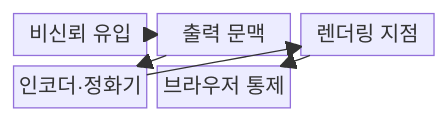
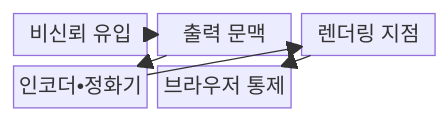
Before and after one commit to agnusdei1207/knowledge-base: the first of 2 diagrams in src/content/docs/notes/05-security/047_xss.md, drawn with Mermaid. The commit also changed other lines of this file and 953 other files, not shown here.

````diff
--- a/src/content/docs/notes/05-security/047_xss.md
+++ b/src/content/docs/notes/05-security/047_xss.md
@@ -66,13 +66,13 @@
 ```mermaid
 block-beta
   columns 3
   A["비신뢰 유입"]
   B["출력 문맥"]
   C["렌더링 지점"]
-  D["인코더·정화기"]
+  D["인코더•정화기"]
   E["브라우저 통제"]
   A --> B
   B --> D
   D --> C
   C --> E
 ```
````
